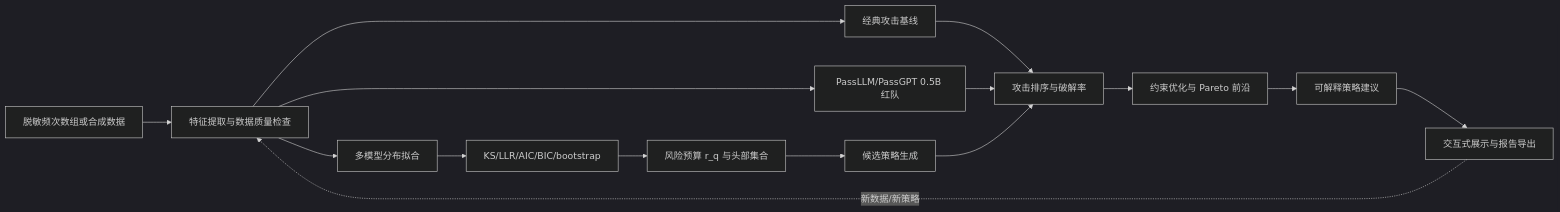
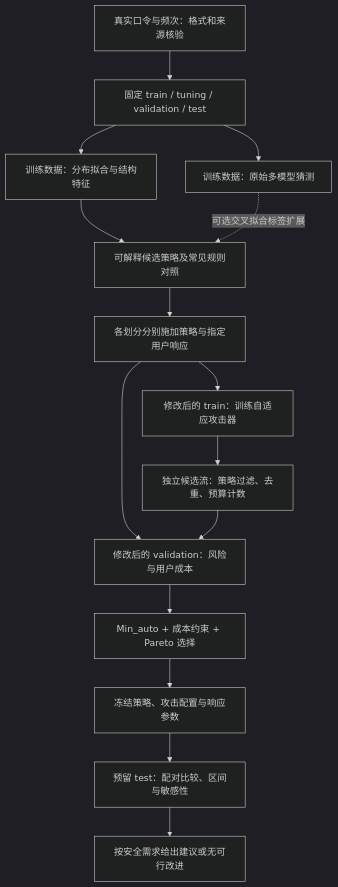
One commit to Baibai231/MMJS changed the diagram in ZipfGuard/DP_HTPG_AI_竞赛详细方案.md. Above: the diagram before and after it, drawn with Mermaid (dark theme). The commit also changed other lines of this file and 32 other files, not shown here.

Commit message:
feat: migrate ZipfGuard to open Min_auto evaluation

````diff
--- a/ZipfGuard/DP_HTPG_AI_竞赛详细方案.md
+++ b/ZipfGuard/DP_HTPG_AI_竞赛详细方案.md
@@ -75,17 +35,17 @@
-```mermaid
-flowchart LR
-    A[脱敏频次数组或合成数据] --> B[特征提取与数据质量检查]
-    B --> C[多模型分布拟合]
-    C --> D[KS/LLR/AIC/BIC/bootstrap]
-    D --> E[风险预算 r_q 与头部集合]
-    B --> F[经典攻击基线]
-    B --> G[PassLLM/PassGPT 0.5B 红队]
-    E --> H[候选策略生成]
-    F --> I[攻击排序与破解率]
-    G --> I
-    H --> I
-    I --> J[约束优化与 Pareto 前沿]
-    J --> K[可解释策略建议]
-    K --> L[交互式展示与报告导出]
-    L -. 新数据/新策略 .-> B
-```
+~~~mermaid
+flowchart TD
+    D[真实口令与频次：格式和来源核验] --> S[固定 train / tuning / validation / test]
+    S --> M1[训练数据：分布拟合与结构特征]
+    S --> A[训练数据：原始多模型猜测]
+    M1 --> P[可解释候选策略及常见规则对照]
+    A -. 可选交叉拟合标签扩展 .-> P
+    P --> Q[各划分分别施加策略与指定用户响应]
+    Q --> T[修改后的 train：训练自适应攻击器]
+    T --> G[独立候选流：策略过滤、去重、预算计数]
+    Q --> V[修改后的 validation：风险与用户成本]
+    G --> V
+    V --> O[Min_auto + 成本约束 + Pareto 选择]
+    O --> F[冻结策略、攻击配置与响应参数]
+    F --> E[预留 test：配对比较、区间与敏感性]
+    E --> R[按安全需求给出建议或无可行改进]
+~~~
````
